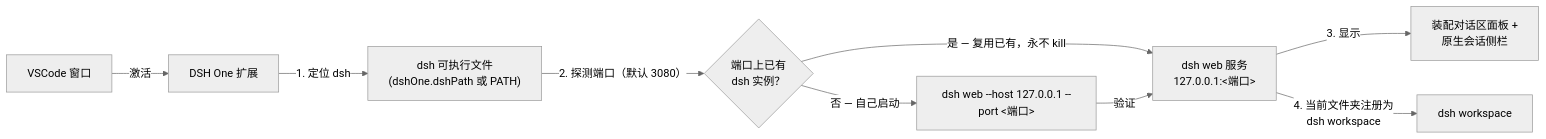
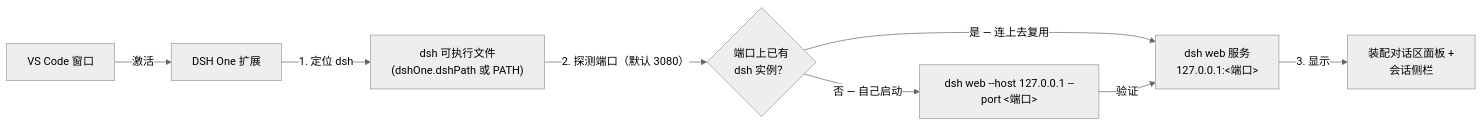
Before and after one commit to imchangchang/dsh-one: the diagram in README.zh-CN.md, drawn with Mermaid (neutral theme). The commit also changed other lines of this file and 3 other files, not shown here.

````diff
--- a/README.zh-CN.md
+++ b/README.zh-CN.md
@@ -58,11 +58,10 @@
 ```mermaid
 flowchart LR
-  VS["VSCode 窗口"] -->|"激活"| EXT["DSH One 扩展"]
+  VS["VS Code 窗口"] -->|"激活"| EXT["DSH One 扩展"]
   EXT -->|"1. 定位 dsh"| DSH["dsh 可执行文件<br/>(dshOne.dshPath 或 PATH)"]
   DSH -->|"2. 探测端口（默认 3080）"| PROBE{"端口上已有<br/>dsh 实例？"}
-  PROBE -->|"是 — 复用已有，永不 kill"| SRV["dsh web 服务<br/>127.0.0.1:&lt;端口&gt;"]
+  PROBE -->|"是 — 连上去复用"| SRV["dsh web 服务<br/>127.0.0.1:&lt;端口&gt;"]
   PROBE -->|"否 — 自己启动"| SPAWN["dsh web --host 127.0.0.1 --port &lt;端口&gt;"]
   SPAWN -->|"验证"| SRV
-  SRV -->|"3. 显示"| UI["装配对话区面板 +<br/>原生会话侧栏"]
-  SRV -->|"4. 当前文件夹注册为<br/>dsh workspace"| WS["dsh workspace"]
+  SRV -->|"3. 显示"| UI["装配对话区面板 +<br/>会话侧栏"]
 ```
````
